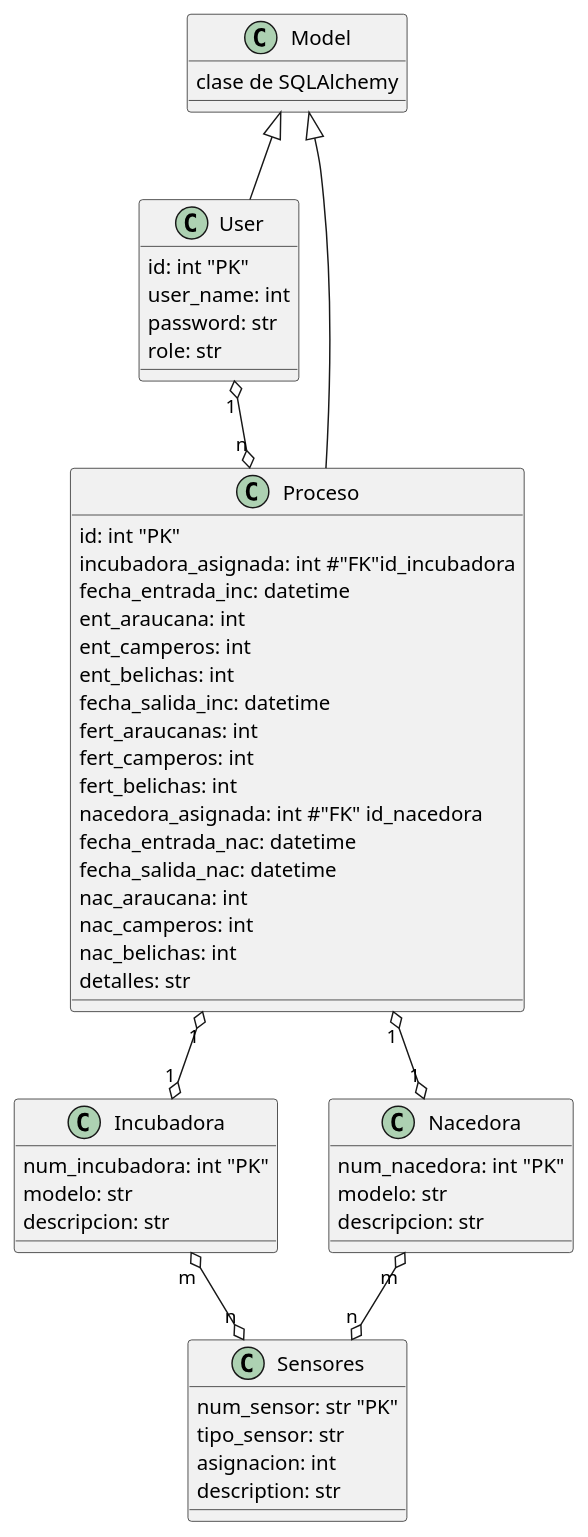
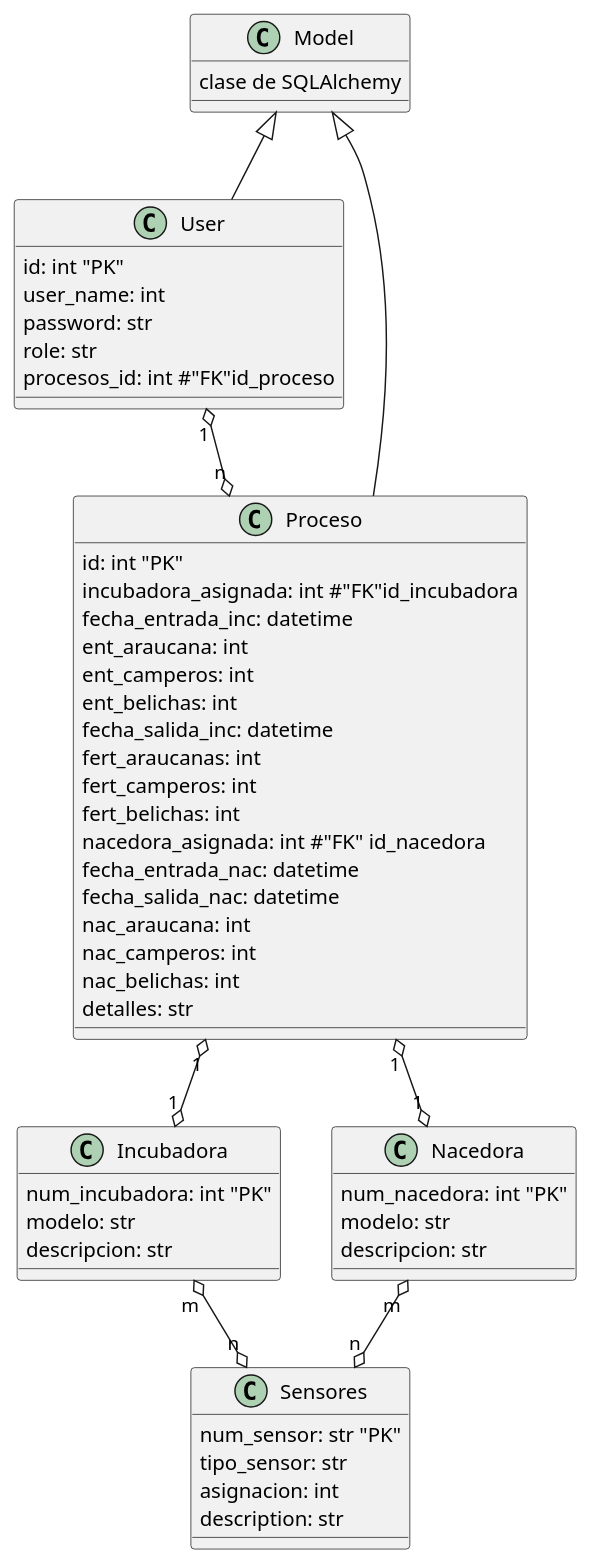
One commit to emisorato1/incubadora changed the diagram in docs/diagrama_1.puml. Above: the diagram before and after it, drawn with PlantUML. The commit also changed 2 other files, not shown here.

Commit message:
actualizacion del diagrama pluml

```diff
--- a/docs/diagrama_1.puml
+++ b/docs/diagrama_1.puml
@@ -1,63 +1,64 @@
 @startuml Diagram de Clases
 class Model {
  clase de SQLAlchemy
 }
 
 class User {
     id: int "PK"
     user_name: int
     password: str 
     role: str
+    procesos_id: int #"FK"id_proceso
 }
 
 class Proceso {
     id: int "PK"
     incubadora_asignada: int #"FK"id_incubadora
     fecha_entrada_inc: datetime 
     ent_araucana: int
     ent_camperos: int 
     ent_belichas: int 
     fecha_salida_inc: datetime 
     fert_araucanas: int 
     fert_camperos: int 
     fert_belichas: int 
     nacedora_asignada: int #"FK" id_nacedora
     fecha_entrada_nac: datetime 
     fecha_salida_nac: datetime
     nac_araucana: int 
     nac_camperos: int 
     nac_belichas: int 
     detalles: str 
 
 }
 
 class Incubadora {
     num_incubadora: int "PK"
     modelo: str 
     descripcion: str
 }
 
 class Nacedora {
     num_nacedora: int "PK"
     modelo: str 
     descripcion: str
 }
 
 class Sensores {
     num_sensor: str "PK"
     tipo_sensor: str
     asignacion: int
     description: str
 }
 
 Model <|-- User
 Model <|-- Proceso
 User "1" o--o "n" Proceso
 
 Proceso "1" o--o "1" Incubadora
 Incubadora "m" o--o "n" Sensores
 
 Proceso "1" o--o "1" Nacedora
 Nacedora "m" o--o "n" Sensores
 
 @enduml
```
